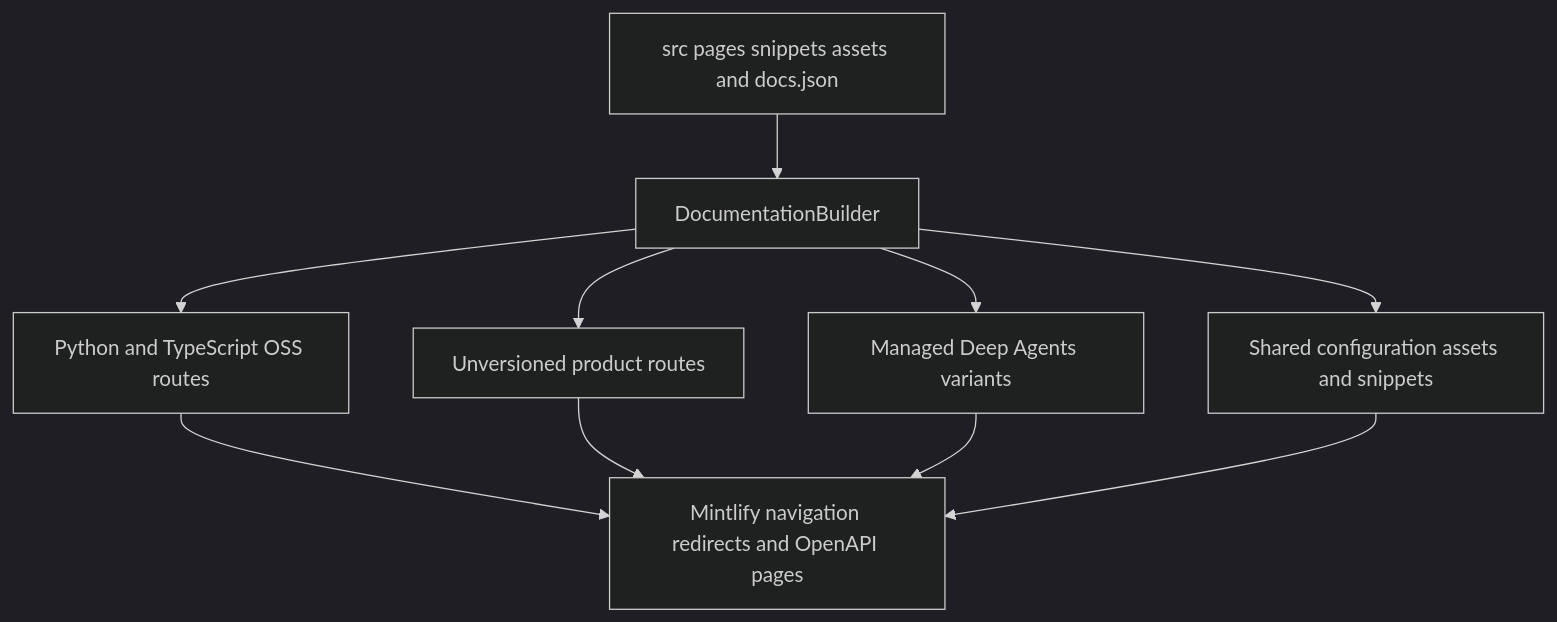
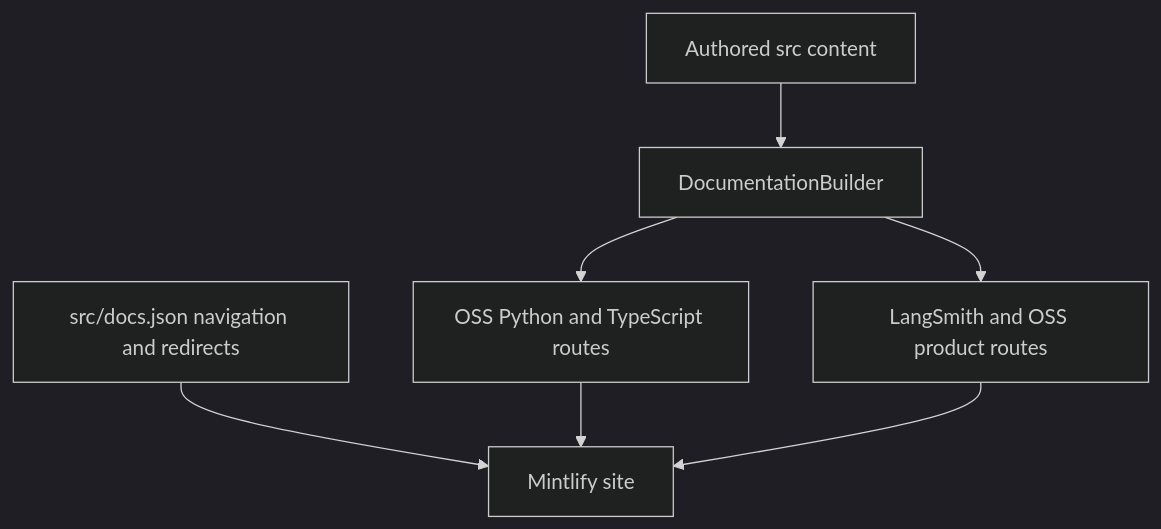
Before and after one commit to langchain-ai/docs: the diagram in openwiki/architecture/source-map.md, drawn with Mermaid (dark theme). The commit also changed other lines of this file and 14 other files, not shown here.

````diff
--- a/openwiki/architecture/source-map.md
+++ b/openwiki/architecture/source-map.md
@@ -45,12 +37,9 @@
 ```mermaid
 flowchart TD
-    Authoring["src pages snippets assets and docs.json"] --> Builder["DocumentationBuilder"]
-    Builder --> OSS["Python and TypeScript OSS routes"]
-    Builder --> Products["Unversioned product routes"]
-    Builder --> MDA["Managed Deep Agents variants"]
-    Builder --> Shared["Shared configuration assets and snippets"]
-    OSS --> Mintlify["Mintlify navigation redirects and OpenAPI pages"]
-    Products --> Mintlify
-    MDA --> Mintlify
-    Shared --> Mintlify
+    Source["Authored src content"] --> Builder["DocumentationBuilder"]
+    Config["src/docs.json navigation and redirects"] --> Mintlify["Mintlify site"]
+    Builder --> Versioned["OSS Python and TypeScript routes"]
+    Builder --> Unversioned["LangSmith and OSS product routes"]
+    Versioned --> Mintlify
+    Unversioned --> Mintlify
 ```
````
